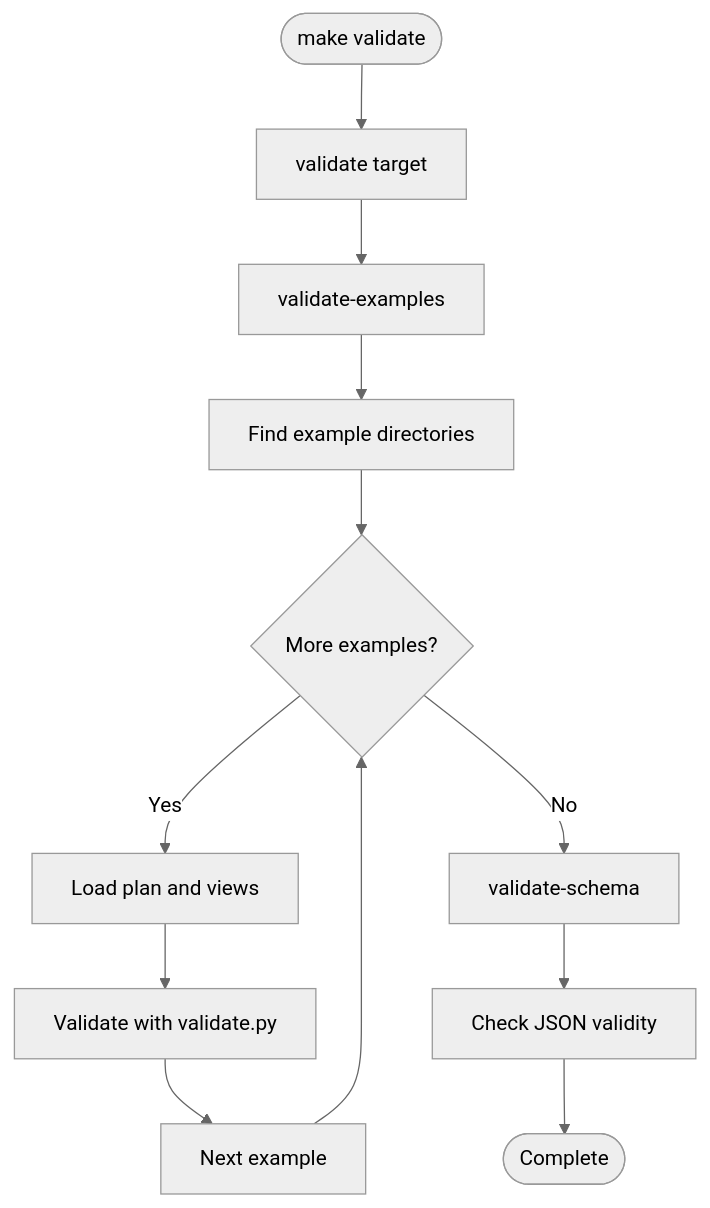
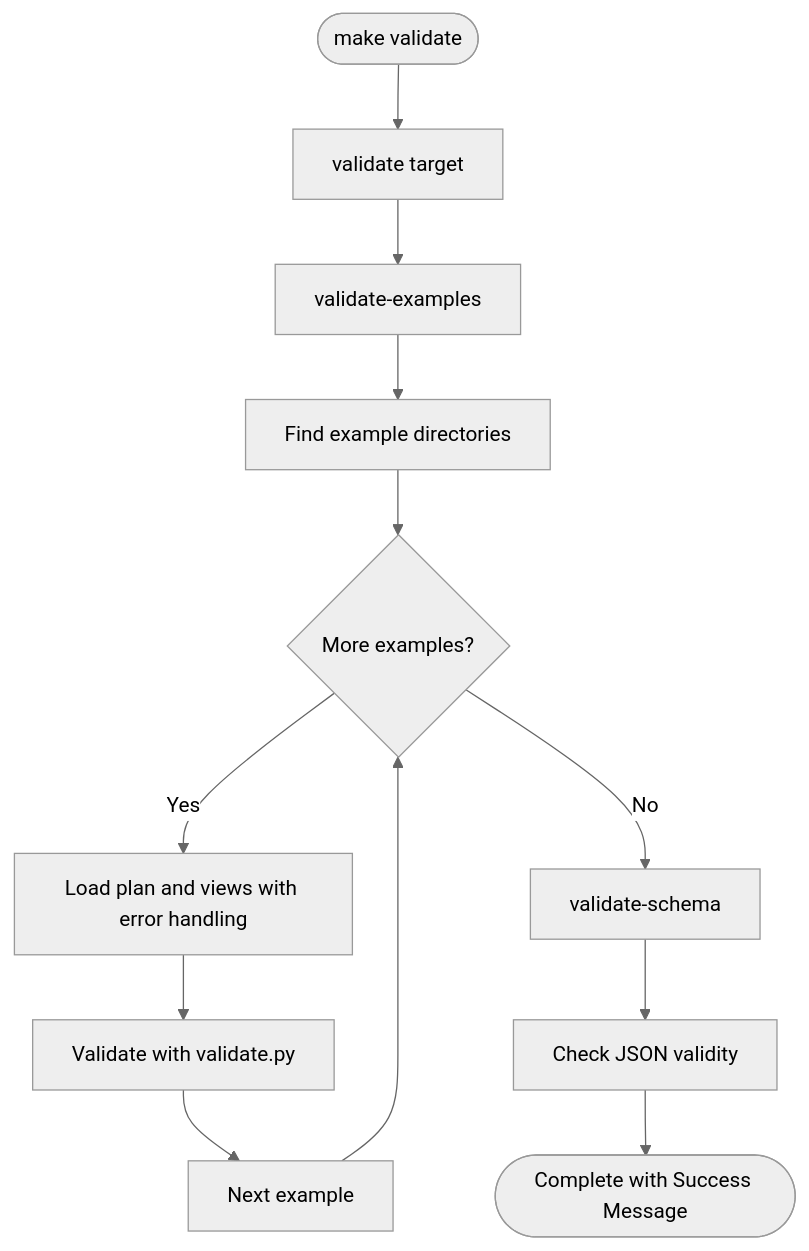
Before and after one commit to asukhodko/opskarta: the fourth of 5 diagrams in .qoder/repowiki/en/content/Integration Guide/Workflow Automation.md, drawn with Mermaid (neutral theme). The commit also changed other lines of this file and 7 other files, not shown here.

````diff
--- a/.qoder/repowiki/en/content/Integration Guide/Workflow Automation.md
+++ b/.qoder/repowiki/en/content/Integration Guide/Workflow Automation.md
@@ -352,14 +355,14 @@
 ```mermaid
 flowchart TD
 Start(["make validate"]) --> CONSOLIDATED["validate target"]
 CONSOLIDATED --> EX["validate-examples"]
 EX --> FIND_EX["Find example directories"]
 FIND_EX --> LOOP_EX{"More examples?"}
-LOOP_EX --> |Yes| LOAD_EX["Load plan and views"]
+LOOP_EX --> |Yes| LOAD_EX["Load plan and views with error handling"]
 LOAD_EX --> VALIDATE_EX["Validate with validate.py"]
 VALIDATE_EX --> NEXT_EX["Next example"]
 NEXT_EX --> LOOP_EX
 LOOP_EX --> |No| SCHEMA["validate-schema"]
 SCHEMA --> CHECK_JSON["Check JSON validity"]
-CHECK_JSON --> END(["Complete"])
+CHECK_JSON --> END(["Complete with Success Message"])
 ```
````
